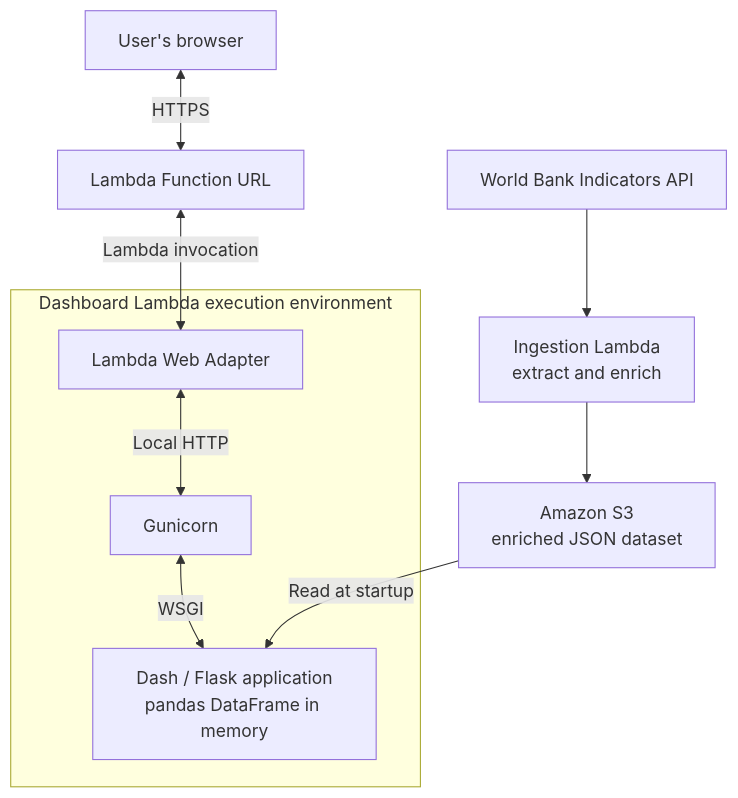
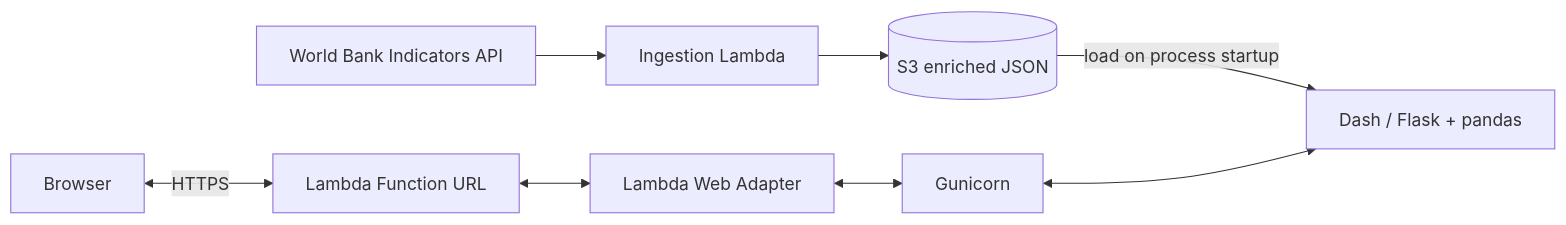
Before and after one commit to Seif-Wessam/world-population-interactive-visualisation: the first of 2 diagrams in README.md, drawn with Mermaid. The commit also changed other lines of this file and 2 other files, not shown here.

````diff
--- a/README.md
+++ b/README.md
@@ -43,12 +36,10 @@
 ```mermaid
-flowchart TD
-    WB["World Bank Indicators API"] --> ING["Ingestion Lambda<br/>extract and enrich"]
-    ING --> S3["Amazon S3<br/>enriched JSON dataset"]
-    USER["User's browser"] <-->|"HTTPS"| URL["Lambda Function URL"]
-    subgraph DL["Dashboard Lambda execution environment"]
-        ADAPTER["Lambda Web Adapter"] <-->|"Local HTTP"| GUNI["Gunicorn"]
-        GUNI <-->|"WSGI"| DASH["Dash / Flask application<br/>pandas DataFrame in memory"]
-    end
-    URL <-->|"Lambda invocation"| ADAPTER
-    S3 -->|"Read at startup"| DASH
+flowchart LR
+    WB[World Bank Indicators API] --> I[Ingestion Lambda]
+    I --> S3[(S3 enriched JSON)]
+    S3 -->|load on process startup| D[Dash / Flask + pandas]
+    U[Browser] <-->|HTTPS| URL[Lambda Function URL]
+    URL <--> A[Lambda Web Adapter]
+    A <--> G[Gunicorn]
+    G <--> D
 ```
````
